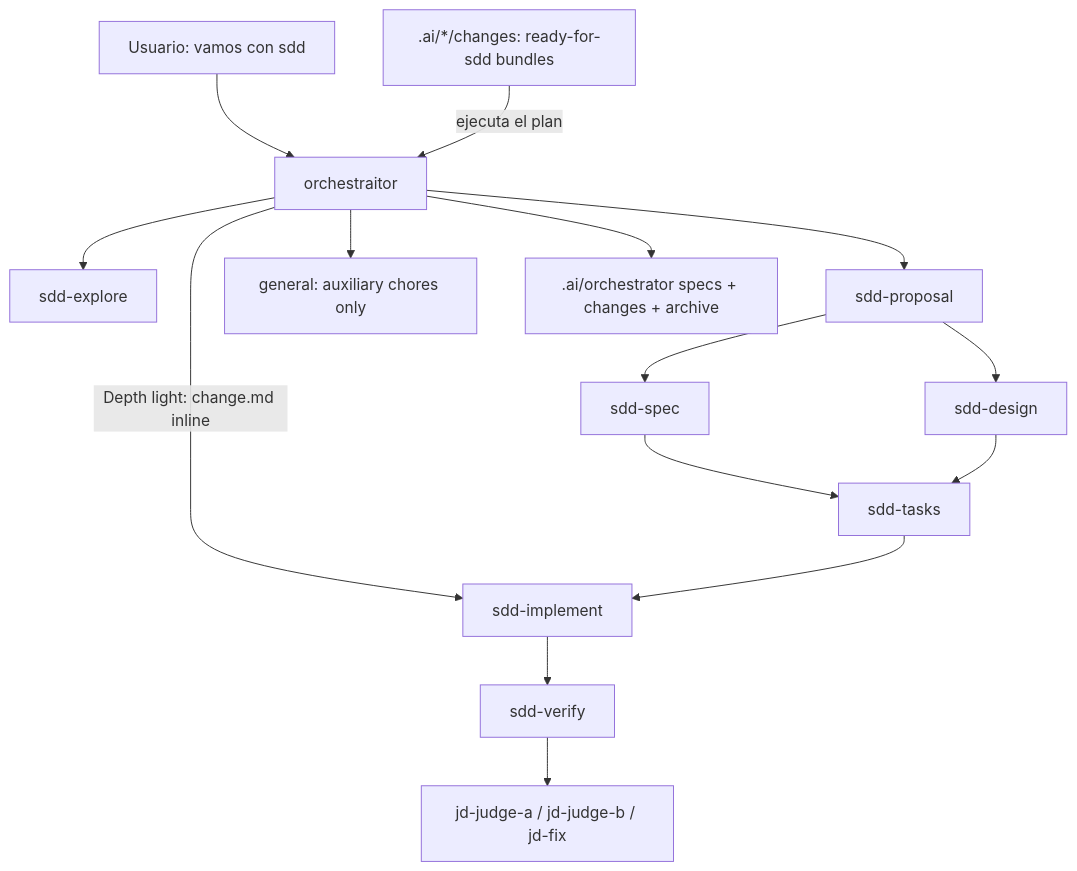
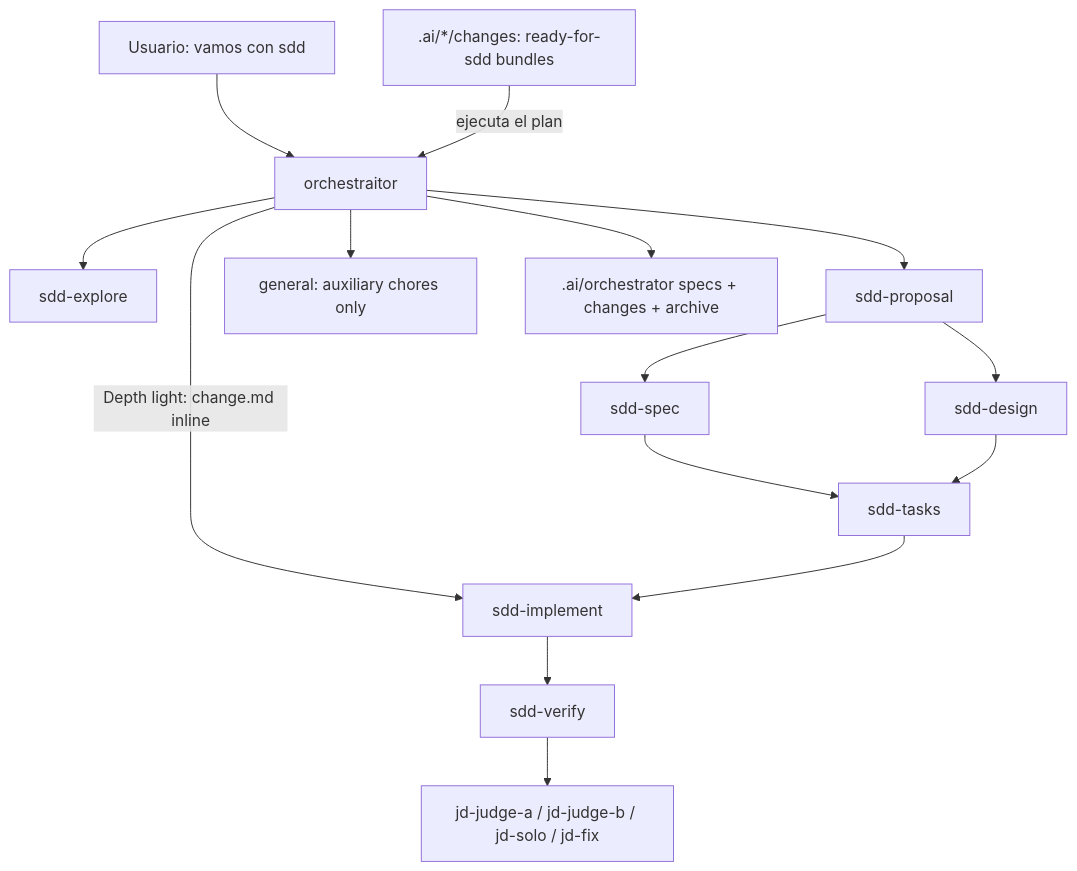
Before and after one commit to andresnator/agents-orchestrator: the first of 2 diagrams in domains/sdd/README.md, drawn with Mermaid. The commit also changed other lines of this file and 2 other files, not shown here.

Commit message:
feat: add jd-solo judge for light mode in judgment-day protocol and update documentation

````diff
--- a/domains/sdd/README.md
+++ b/domains/sdd/README.md
@@ -31,17 +31,17 @@
 ```mermaid
 graph TD
   user[Usuario: vamos con sdd] --> orch[orchestraitor]
   intake[".ai/*/changes: ready-for-sdd bundles"] -->|ejecuta el plan| orch
   orch --> explore[sdd-explore]
   orch -->|Depth light: change.md inline| implement
   orch --> proposal[sdd-proposal]
   proposal --> spec[sdd-spec]
   proposal --> design[sdd-design]
   spec --> tasks[sdd-tasks]
   design --> tasks
   tasks --> implement[sdd-implement]
   implement --> verify[sdd-verify]
-  verify --> jd[jd-judge-a / jd-judge-b / jd-fix]
+  verify --> jd[jd-judge-a / jd-judge-b / jd-solo / jd-fix]
   orch --> aux[general: auxiliary chores only]
   orch --> files[.ai/orchestrator specs + changes + archive]
 ```
````
